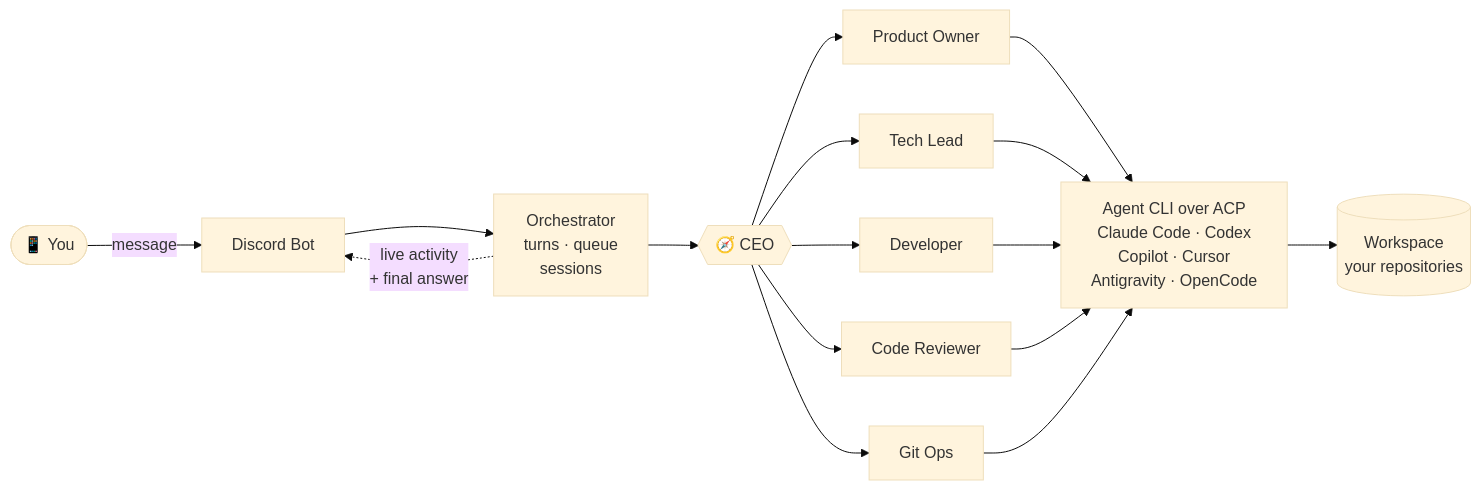
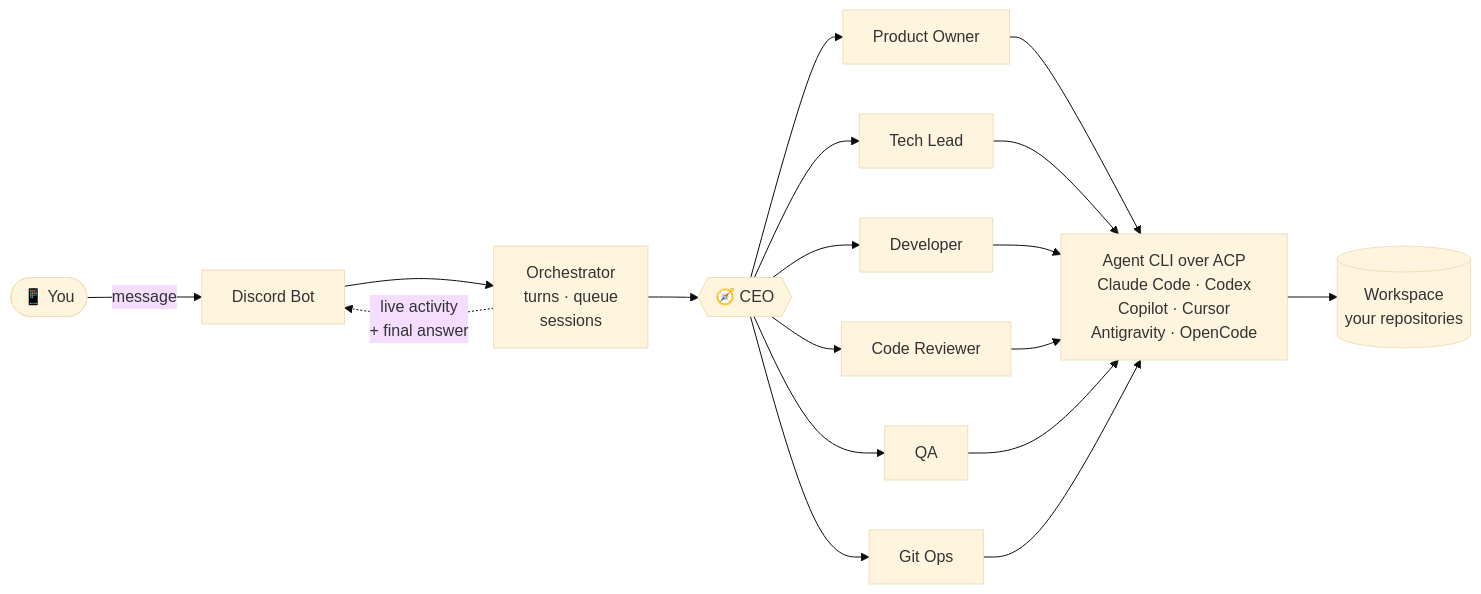
One commit to douglasjunior/agent-remote-control changed the first of 2 diagrams in README.md. Above: the diagram before and after it, drawn with Mermaid (base theme). The commit also changed other lines of this file and 234 other files, not shown here.

````diff
--- a/README.md
+++ b/README.md
@@ -142,14 +162,15 @@
 ```mermaid
 flowchart LR
     U(["📱 You"]) -->|message| D["Discord Bot"]
     D --> O["Orchestrator<br/>turns · queue<br/>sessions"]
     O --> CEO{{"🧭 CEO"}}
     CEO --> PO["Product Owner"]
     CEO --> TL["Tech Lead"]
     CEO --> DEV["Developer"]
     CEO --> CR["Code Reviewer"]
+    CEO --> QA["QA"]
     CEO --> GIT["Git Ops"]
-    PO & TL & DEV & CR & GIT --> CLI["Agent CLI over ACP<br/>Claude Code · Codex<br/>Copilot · Cursor<br/>Antigravity · OpenCode"]
+    PO & TL & DEV & CR & QA & GIT --> CLI["Agent CLI over ACP<br/>Claude Code · Codex<br/>Copilot · Cursor<br/>Antigravity · OpenCode"]
     CLI --> WS[("Workspace<br/>your repositories")]
     O -.->|live activity<br/>+ final answer| D
 ```
````
